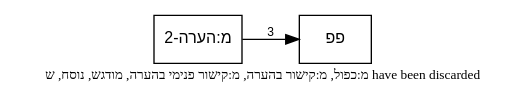
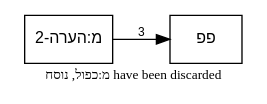
One commit to bdenckla/MAM-basics changed the diagram in out/tmpl-survey-plus/plus-call-graph-c.dot. Above: the diagram before and after it, drawn with Graphviz. The commit also changed 12 other files, not shown here.

```diff
--- a/out/tmpl-survey-plus/plus-call-graph-c.dot
+++ b/out/tmpl-survey-plus/plus-call-graph-c.dot
@@ -1,17 +1,17 @@
 // This file was generated by MAM-basics/py/main_tmpl_survey.py.
 // Do not edit by hand.
 digraph template_call_graph {
     rankdir=LR;
     node [fontname="SBL Hebrew,Helvetica", fontsize=12];
     edge [fontname="Helvetica", fontsize=9];
     graph [comment="This file was generated by MAM-basics/py/main_tmpl_survey.py."];
 
     // Template nodes
     node [shape=box, style=""];
 
     // Note
-    graph [label="מ:כפול, מ:קישור בהערה, מ:קישור פנימי בהערה, מודגש, נוסח, ש have been discarded", labelloc=b, fontsize=10];
+    graph [label="מ:כפול, נוסח have been discarded", labelloc=b, fontsize=10];
 
     // Edges
     "מ:הערה-2" -> "פפ" [label="3"];
 }
```
